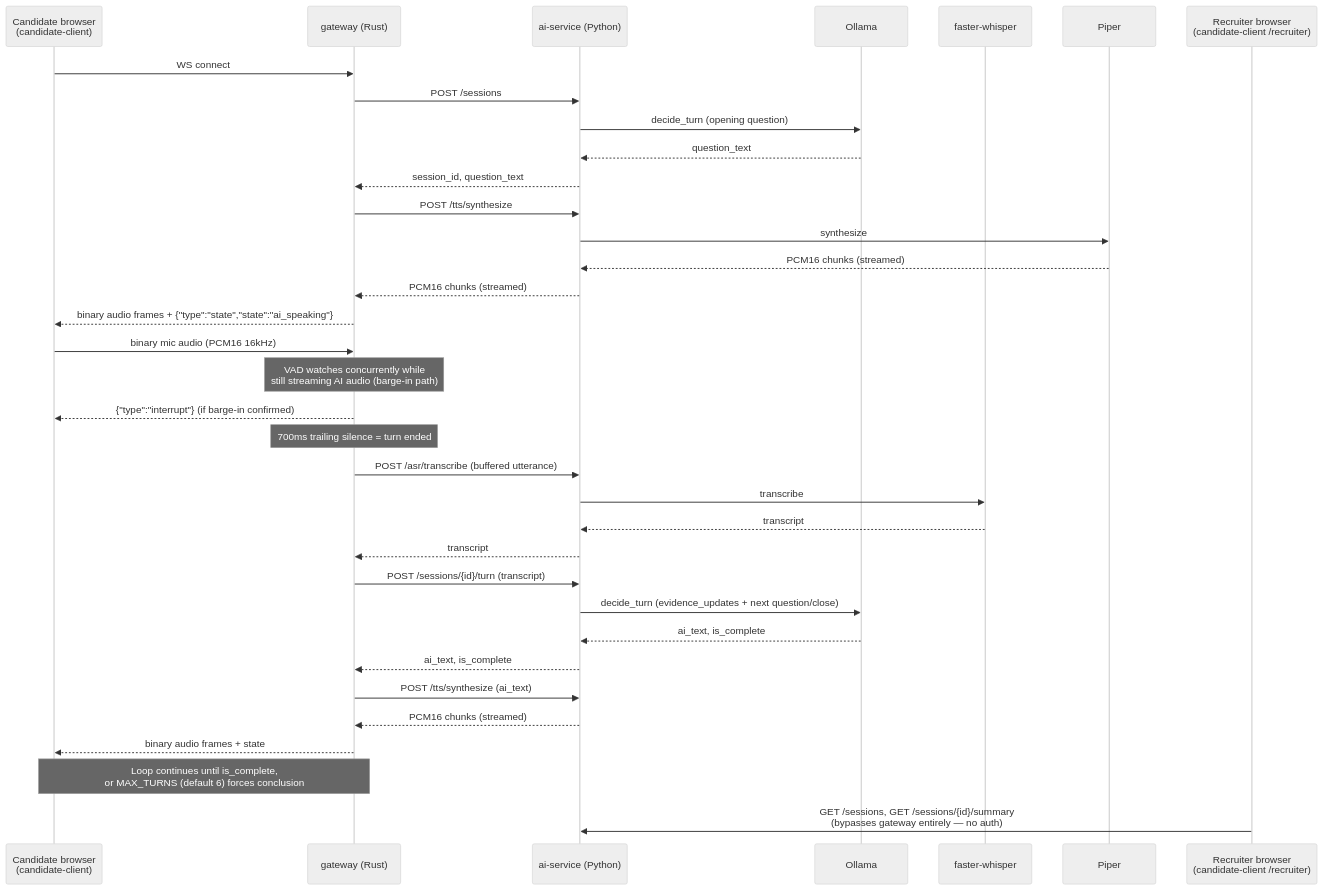
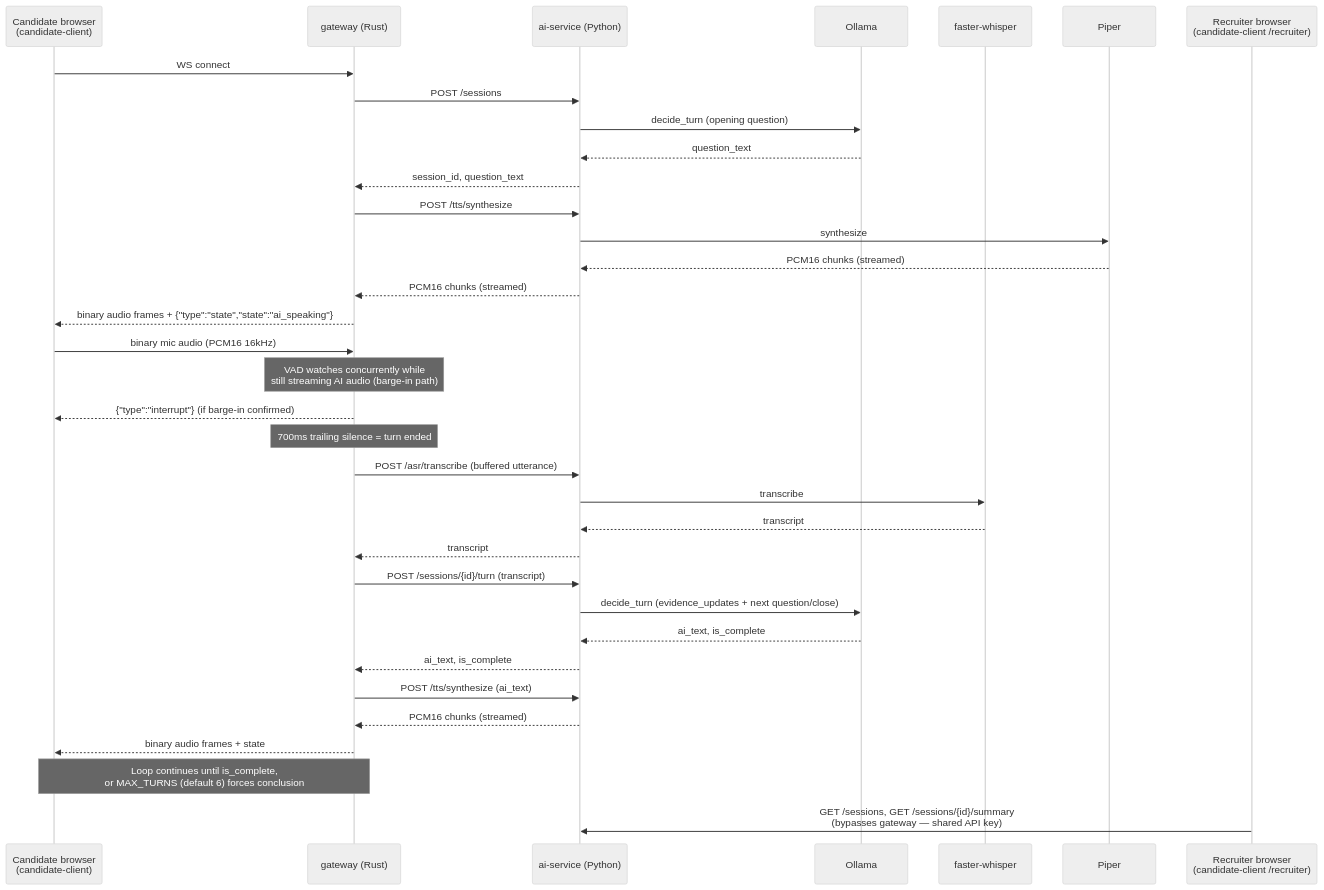
The first of 2 diagrams in docs/ARCHITECTURE.md (Mullassery/PyInterviewBot), drawn with Mermaid (neutral theme) before and after one commit. The commit also changed other lines of this file and 17 other files, not shown here.

````diff
--- a/docs/ARCHITECTURE.md
+++ b/docs/ARCHITECTURE.md
@@ -180,42 +180,42 @@
 ```mermaid
 sequenceDiagram
     participant Candidate as Candidate browser<br/>(candidate-client)
     participant Gateway as gateway (Rust)
     participant AI as ai-service (Python)
     participant Ollama
     participant Whisper as faster-whisper
     participant Piper
 
     Candidate->>Gateway: WS connect
     Gateway->>AI: POST /sessions
     AI->>Ollama: decide_turn (opening question)
     Ollama-->>AI: question_text
     AI-->>Gateway: session_id, question_text
     Gateway->>AI: POST /tts/synthesize
     AI->>Piper: synthesize
     Piper-->>AI: PCM16 chunks (streamed)
     AI-->>Gateway: PCM16 chunks (streamed)
     Gateway-->>Candidate: binary audio frames + {"type":"state","state":"ai_speaking"}
 
     Candidate->>Gateway: binary mic audio (PCM16 16kHz)
     Note over Gateway: VAD watches concurrently while<br/>still streaming AI audio (barge-in path)
     Gateway-->>Candidate: {"type":"interrupt"} (if barge-in confirmed)
 
     Note over Gateway: 700ms trailing silence = turn ended
     Gateway->>AI: POST /asr/transcribe (buffered utterance)
     AI->>Whisper: transcribe
     Whisper-->>AI: transcript
     AI-->>Gateway: transcript
     Gateway->>AI: POST /sessions/{id}/turn (transcript)
     AI->>Ollama: decide_turn (evidence_updates + next question/close)
     Ollama-->>AI: ai_text, is_complete
     AI-->>Gateway: ai_text, is_complete
     Gateway->>AI: POST /tts/synthesize (ai_text)
     AI-->>Gateway: PCM16 chunks (streamed)
     Gateway-->>Candidate: binary audio frames + state
 
     Note over Candidate,Gateway: Loop continues until is_complete,<br/>or MAX_TURNS (default 6) forces conclusion
 
     participant Recruiter as Recruiter browser<br/>(candidate-client /recruiter)
-    Recruiter->>AI: GET /sessions, GET /sessions/{id}/summary<br/>(bypasses gateway entirely — no auth)
+    Recruiter->>AI: GET /sessions, GET /sessions/{id}/summary<br/>(bypasses gateway — shared API key)
 ```
````
